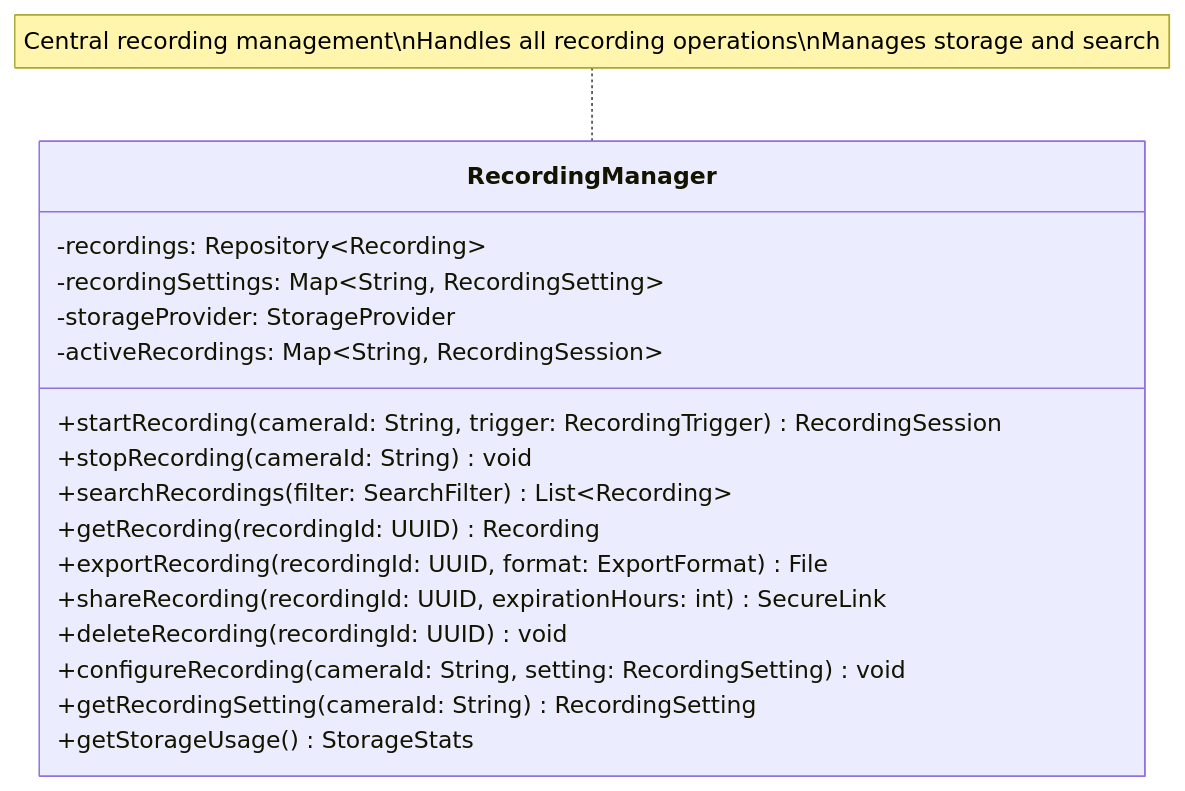
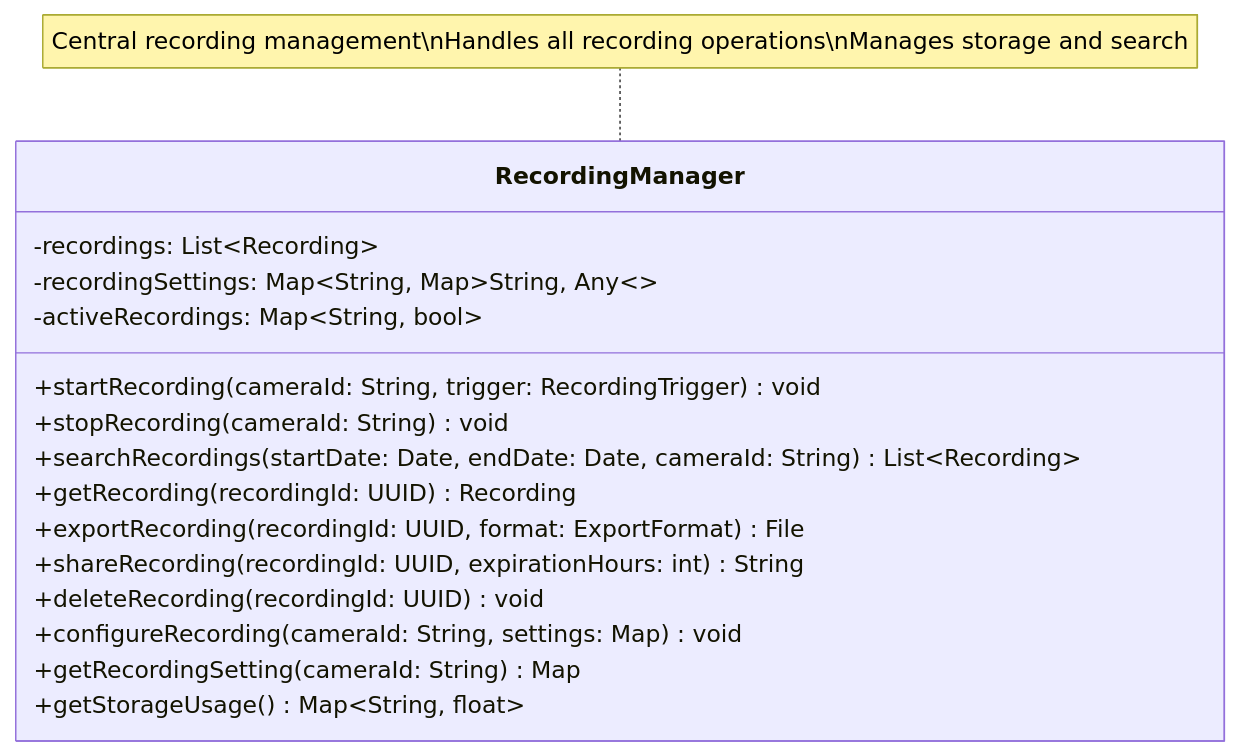
The fourth of 13 diagrams in diagrams/business_class_diagram.md (mj010101/swe_25f), drawn with Mermaid before and after one commit. The commit also changed other lines of this file and 4 other files, not shown here.

````diff
--- a/diagrams/business_class_diagram.md
+++ b/diagrams/business_class_diagram.md
@@ -205,23 +150,22 @@
 ```mermaid
 classDiagram
     direction TB
 
     class RecordingManager {
-        -recordings: Repository~Recording~
-        -recordingSettings: Map~String, RecordingSetting~
-        -storageProvider: StorageProvider
-        -activeRecordings: Map~String, RecordingSession~
-        +startRecording(cameraId: String, trigger: RecordingTrigger) RecordingSession
+        -recordings: List~Recording~
+        -recordingSettings: Map~String, Map~String, Any~~
+        -activeRecordings: Map~String, bool~
+        +startRecording(cameraId: String, trigger: RecordingTrigger) void
         +stopRecording(cameraId: String) void
-        +searchRecordings(filter: SearchFilter) List~Recording~
+        +searchRecordings(startDate: Date, endDate: Date, cameraId: String) List~Recording~
         +getRecording(recordingId: UUID) Recording
         +exportRecording(recordingId: UUID, format: ExportFormat) File
-        +shareRecording(recordingId: UUID, expirationHours: int) SecureLink
+        +shareRecording(recordingId: UUID, expirationHours: int) String
         +deleteRecording(recordingId: UUID) void
-        +configureRecording(cameraId: String, setting: RecordingSetting) void
-        +getRecordingSetting(cameraId: String) RecordingSetting
-        +getStorageUsage() StorageStats
+        +configureRecording(cameraId: String, settings: Map) void
+        +getRecordingSetting(cameraId: String) Map
+        +getStorageUsage() Map~String, float~
     }
 
     note for RecordingManager "Central recording management\nHandles all recording operations\nManages storage and search"
 ```
````
